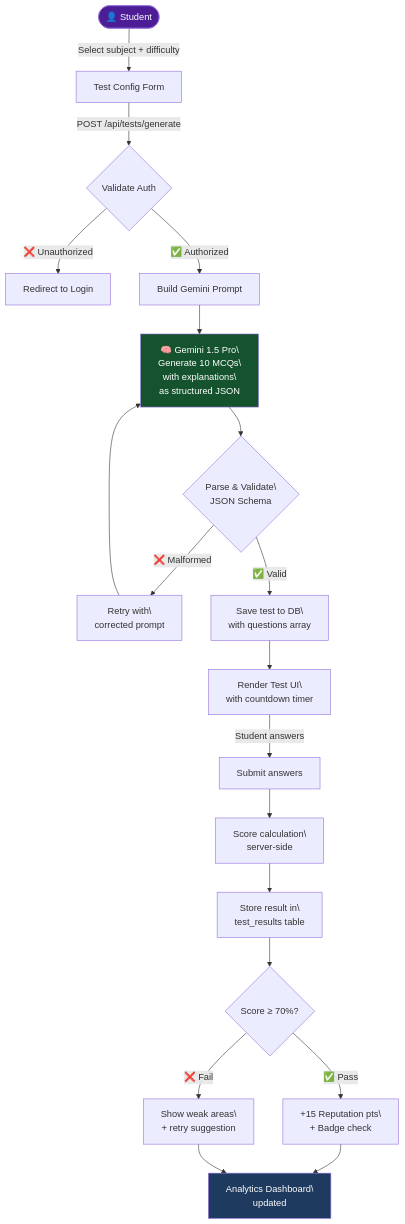
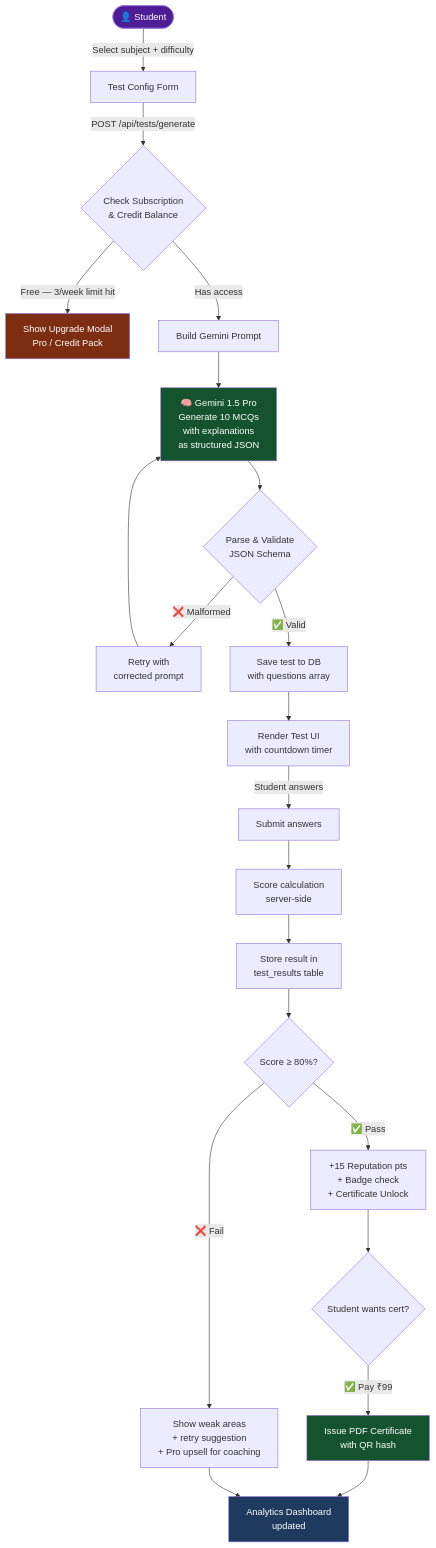
Before and after one commit to ayushjhaa1187-spec/DEV_FUSION: the fifth of 7 diagrams in README.md, drawn with Mermaid. The commit also changed other lines of this file, not shown here.

````diff
--- a/README.md
+++ b/README.md
@@ -311,26 +621,30 @@
 ```mermaid
 flowchart TD
     A([👤 Student]) -->|Select subject + difficulty| B[Test Config Form]
-    B -->|POST /api/tests/generate| C{Validate Auth}
-    C -->|❌ Unauthorized| D[Redirect to Login]
-    C -->|✅ Authorized| E[Build Gemini Prompt]
+    B -->|POST /api/tests/generate| C{Check Subscription\n& Credit Balance}
+    C -->|Free — 3/week limit hit| D[Show Upgrade Modal\nPro / Credit Pack]
+    C -->|Has access| E[Build Gemini Prompt]
 
-    E --> F["🧠 Gemini 1.5 Pro\\n Generate 10 MCQs\\n with explanations\\n as structured JSON"]
-    F --> G{Parse & Validate\\nJSON Schema}
-    G -->|❌ Malformed| H[Retry with\\ncorrected prompt]
+    E --> F["🧠 Gemini 1.5 Pro\n Generate 10 MCQs\n with explanations\n as structured JSON"]
+    F --> G{Parse & Validate\nJSON Schema}
+    G -->|❌ Malformed| H[Retry with\ncorrected prompt]
     H --> F
-    G -->|✅ Valid| I[Save test to DB\\nwith questions array]
-    I --> J[Render Test UI\\nwith countdown timer]
+    G -->|✅ Valid| I[Save test to DB\nwith questions array]
+    I --> J[Render Test UI\nwith countdown timer]
 
     J -->|Student answers| K[Submit answers]
-    K --> L[Score calculation\\nserver-side]
-    L --> M[Store result in\\ntest_results table]
-    M --> N{Score ≥ 70%?}
-    N -->|✅ Pass| O[+15 Reputation pts\\n+ Badge check]
-    N -->|❌ Fail| P[Show weak areas\\n+ retry suggestion]
-    O & P --> Q[Analytics Dashboard\\nupdated]
+    K --> L[Score calculation\nserver-side]
+    L --> M[Store result in\ntest_results table]
+    M --> N{Score ≥ 80%?}
+    N -->|✅ Pass| O[+15 Reputation pts\n+ Badge check\n+ Certificate Unlock]
+    O --> P{Student wants cert?}
+    P -->|✅ Pay ₹99| Q[Issue PDF Certificate\nwith QR hash]
+    N -->|❌ Fail| R[Show weak areas\n+ retry suggestion\n+ Pro upsell for coaching]
+    Q & R --> S[Analytics Dashboard\nupdated]
 
     style A fill:#4c1d95,color:#fff
     style F fill:#14532d,color:#fff
-    style Q fill:#1e3a5f,color:#fff
+    style S fill:#1e3a5f,color:#fff
+    style D fill:#7c2d12,color:#fff
+    style Q fill:#14532d,color:#fff
 ```
````
